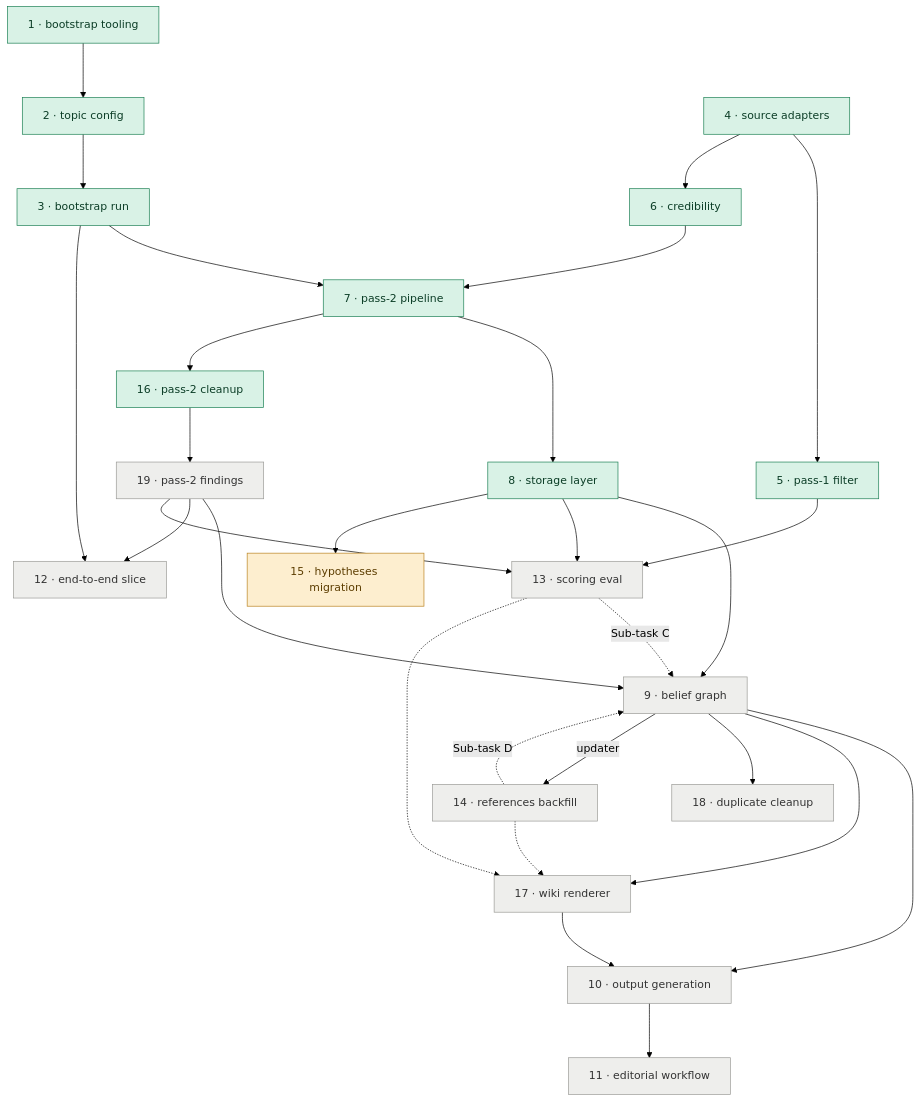
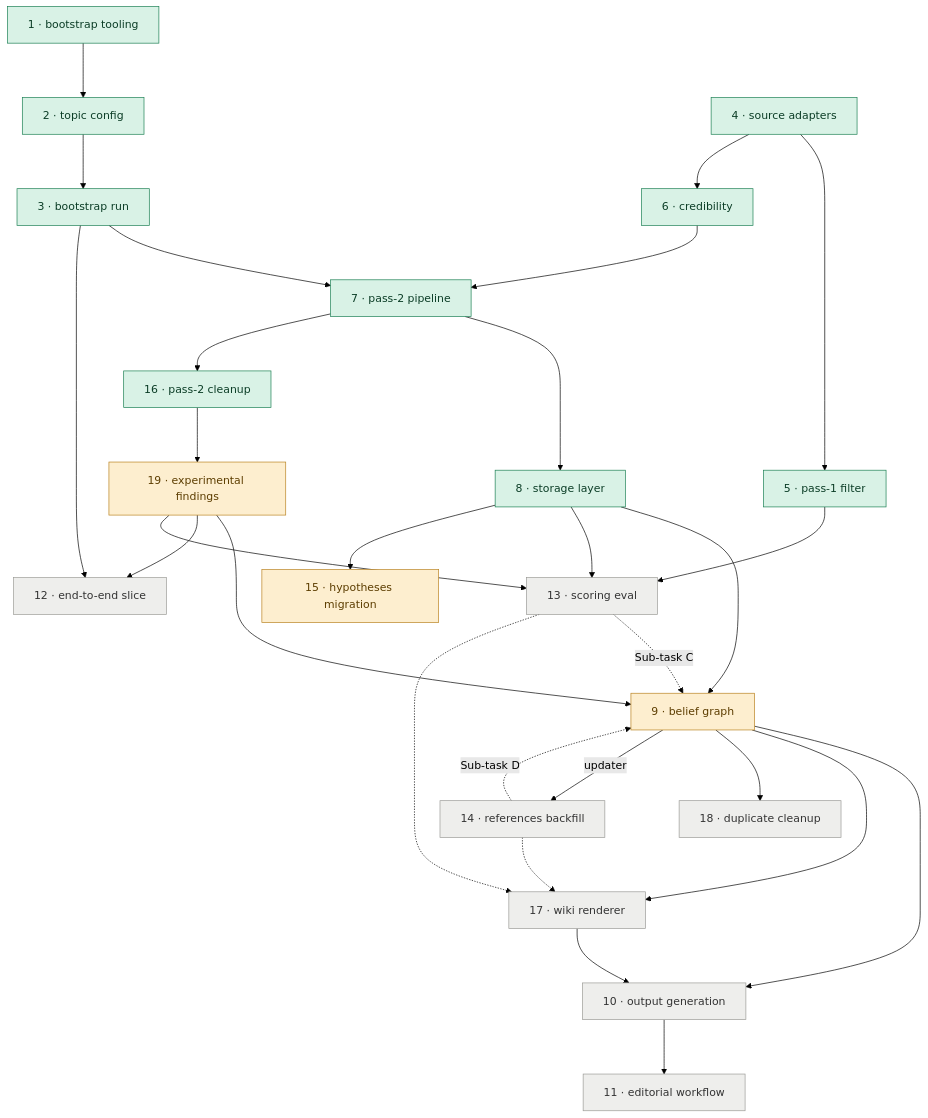
The diagram in docs/planning/README.md (jmamath/distill), drawn with Mermaid (forest theme) before and after one commit. The commit also changed other lines of this file and 9 other files, not shown here.

Commit message:
Narrow findings to experimental evidence

````diff
--- a/docs/planning/README.md
+++ b/docs/planning/README.md
@@ -21,56 +21,56 @@
 ```mermaid
 %%{init: {'flowchart': {'nodeSpacing': 55, 'rankSpacing': 80}}}%%
 flowchart TB
     p1["1 · bootstrap tooling"]:::done
     p2["2 · topic config"]:::done
     p3["3 · bootstrap run"]:::done
     p4["4 · source adapters"]:::done
     p5["5 · pass-1 filter"]:::done
     p6["6 · credibility"]:::done
     p7["7 · pass-2 pipeline"]:::done
     p8["8 · storage layer"]:::done
     p16["16 · pass-2 cleanup"]:::done
     p15["15 · hypotheses migration"]:::doing
-    p9["9 · belief graph"]:::backlog
+    p9["9 · belief graph"]:::doing
     p10["10 · output generation"]:::backlog
     p11["11 · editorial workflow"]:::backlog
     p12["12 · end-to-end slice"]:::backlog
     p13["13 · scoring eval"]:::backlog
     p14["14 · references backfill"]:::backlog
     p17["17 · wiki renderer"]:::backlog
     p18["18 · duplicate cleanup"]:::backlog
-    p19["19 · pass-2 findings"]:::backlog
+    p19["19 · experimental findings"]:::doing
 
     p1 --> p2
     p2 --> p3
     p3 --> p7
     p3 --> p12
     p4 --> p5
     p4 --> p6
     p6 --> p7
     p5 --> p13
     p7 --> p8
     p7 --> p16
     p16 --> p19
     p8 --> p9
     p8 --> p13
     p8 --> p15
     p9 --> p10
     p9 --> p17
     p9 --> p18
     p9 -->|updater| p14
     p19 --> p9
     p19 --> p12
     p19 --> p13
     p17 --> p10
     p10 --> p11
 
     p13 -.->|Sub-task C| p9
     p14 -.->|Sub-task D| p9
     p13 -.-> p17
     p14 -.-> p17
 
     classDef done fill:#d9f2e6,stroke:#1a7f52,color:#0b3d26;
     classDef doing fill:#fdeecf,stroke:#b9821f,color:#5c3d00;
     classDef backlog fill:#eeeeec,stroke:#9a9a96,color:#333333;
 ```
````
